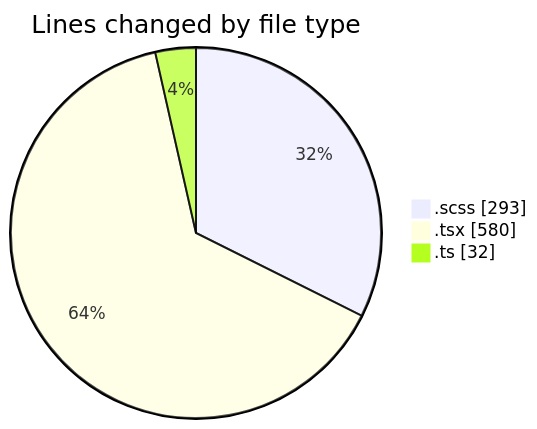
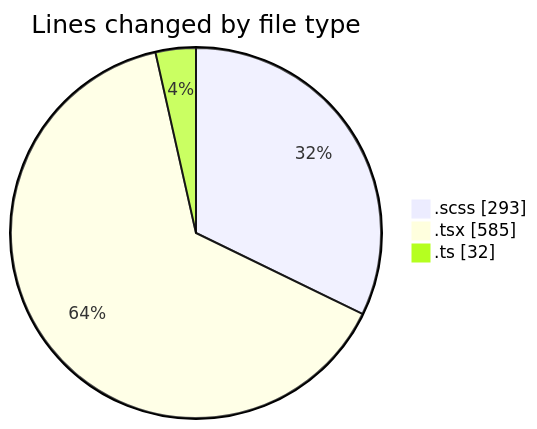
Before and after one commit to momahboobian/code-tracking: the first of 2 diagrams in 2025-03-04/cda/README.md, drawn with Mermaid. The commit also changed other lines of this file and 1 other file, not shown here.

````diff
--- a/2025-03-04/cda/README.md
+++ b/2025-03-04/cda/README.md
@@ -25,7 +25,7 @@
 ```mermaid
 pie showData
 title Lines changed by file type
 ".scss" : 293
-".tsx" : 580
+".tsx" : 585
 ".ts" : 32
 ```
````
